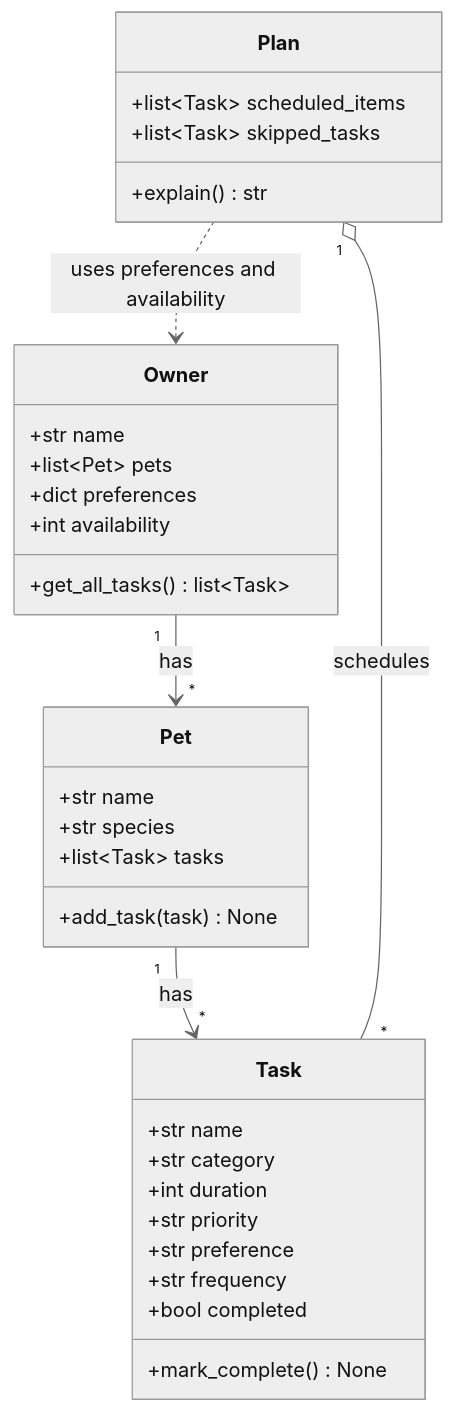
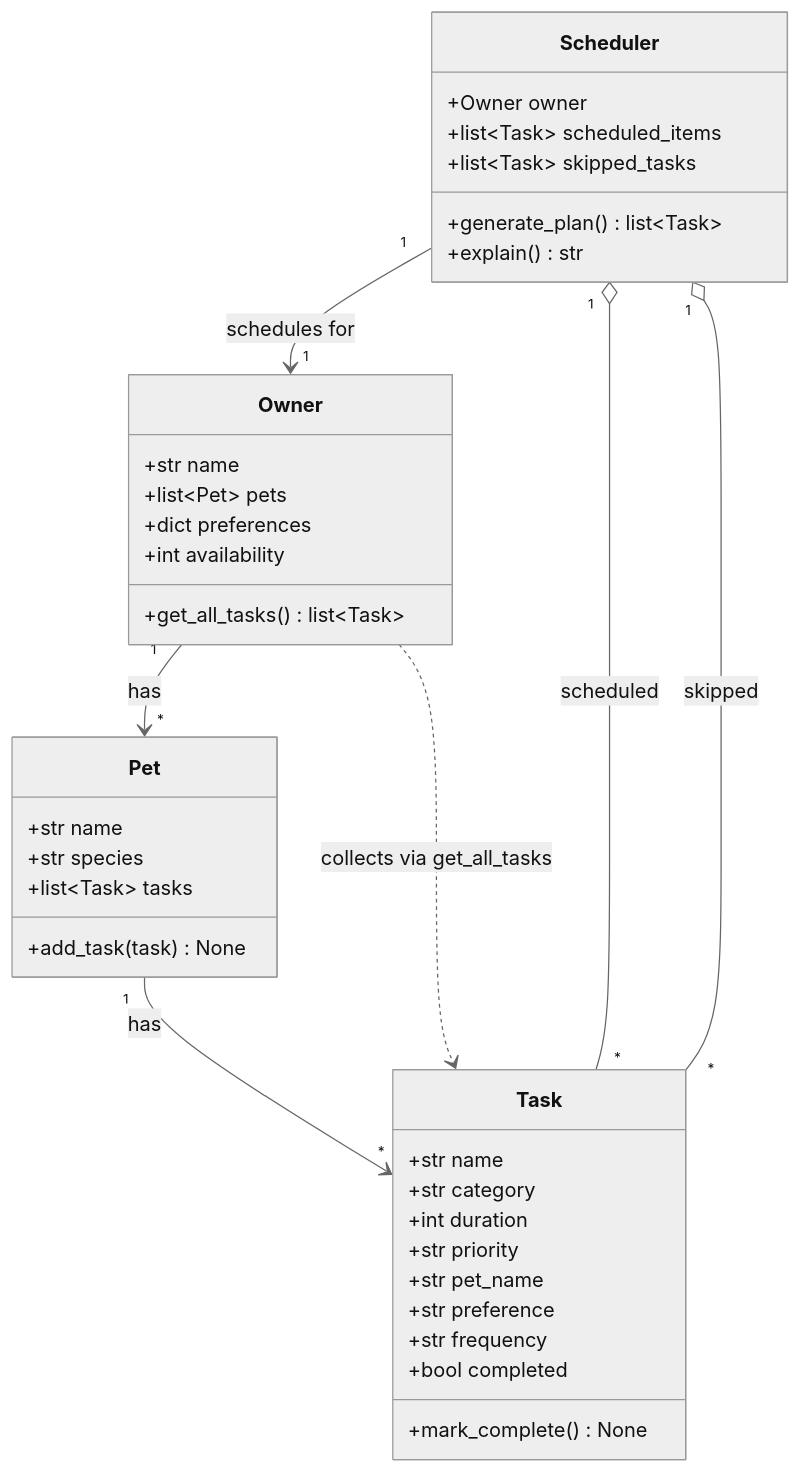
The diagram in diagrams/uml_draft.mmd (cdalangin/ai110-module2show-pawpal-starter), drawn with Mermaid (neutral theme) before and after one commit. The commit also changed 6 other files, not shown here.

```diff
--- a/diagrams/uml_draft.mmd
+++ b/diagrams/uml_draft.mmd
@@ -1,37 +1,42 @@
 classDiagram
     class Owner {
         +str name
         +list~Pet~ pets
         +dict preferences
         +int availability
         +get_all_tasks() list~Task~
     }
 
     class Pet {
         +str name
         +str species
         +list~Task~ tasks
         +add_task(task) None
     }
 
     class Task {
         +str name
         +str category
         +int duration
         +str priority
+        +str pet_name
         +str preference
         +str frequency
         +bool completed
         +mark_complete() None
     }
 
-    class Plan {
+    class Scheduler {
+        +Owner owner
         +list~Task~ scheduled_items
         +list~Task~ skipped_tasks
+        +generate_plan() list~Task~
         +explain() str
     }
 
     Owner "1" --> "*" Pet : has
     Pet "1" --> "*" Task : has
-    Plan "1" o-- "*" Task : schedules
-    Plan ..> Owner : uses preferences and availability
+    Scheduler "1" --> "1" Owner : schedules for
+    Scheduler "1" o-- "*" Task : scheduled
+    Scheduler "1" o-- "*" Task : skipped
+    Owner ..> Task : collects via get_all_tasks
```
